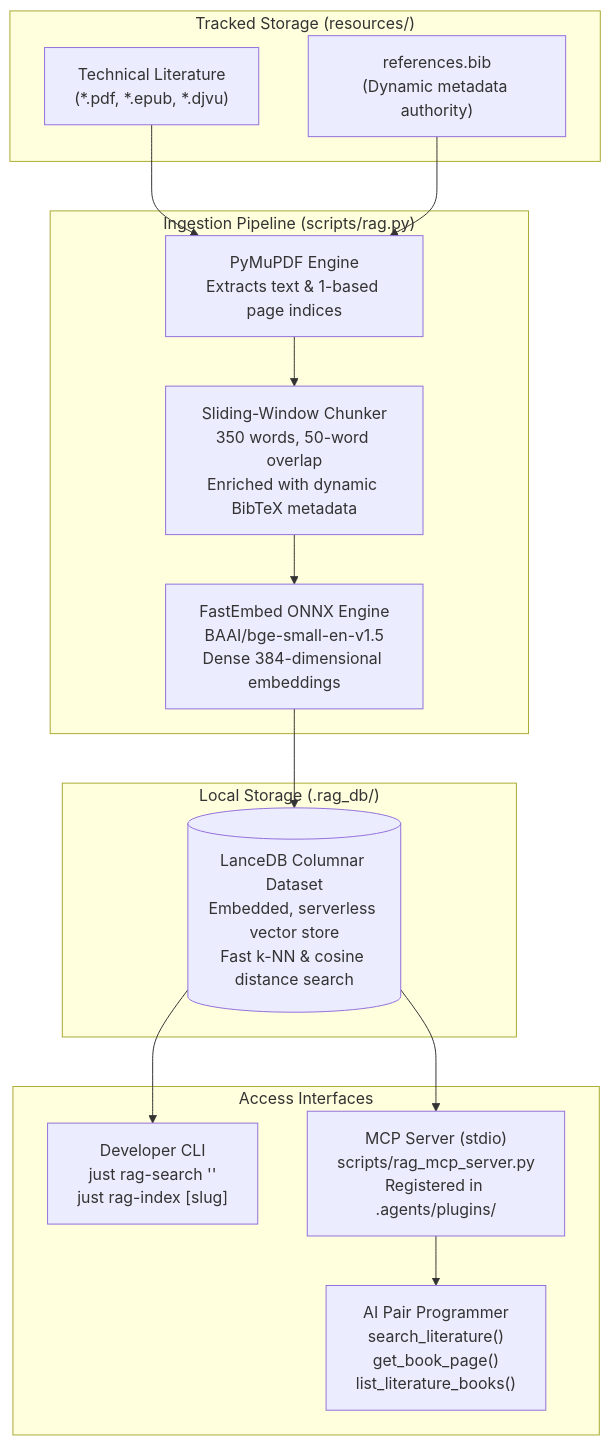
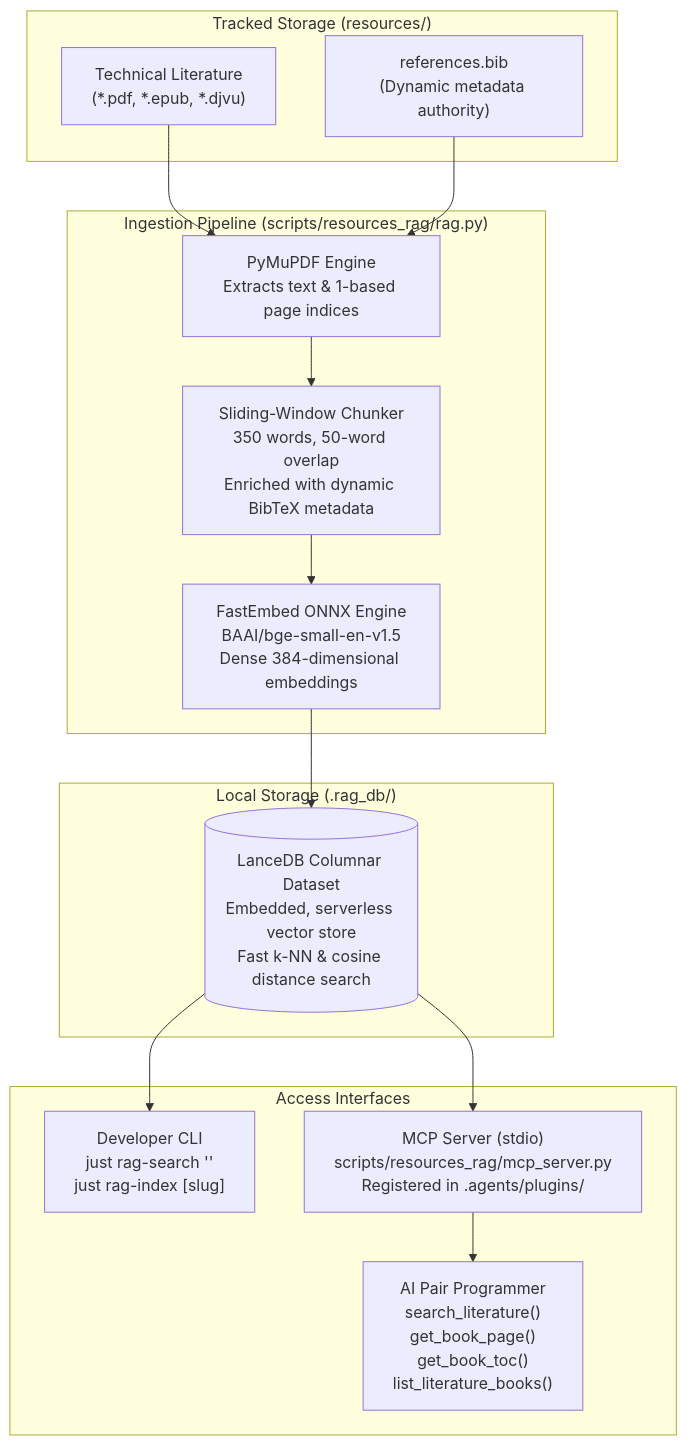
Before and after one commit to bwrob/trash-gather: the diagram in resources/README.md, drawn with Mermaid. The commit also changed other lines of this file and 16 other files, not shown here.

````diff
--- a/resources/README.md
+++ b/resources/README.md
@@ -17,27 +17,27 @@
 ```mermaid
 flowchart TD
     subgraph Storage ["Tracked Storage (resources/)"]
         DOCS["Technical Literature\n(*.pdf, *.epub, *.djvu)"]
         BIB["references.bib\n(Dynamic metadata authority)"]
     end
 
-    subgraph Ingestion ["Ingestion Pipeline (scripts/rag.py)"]
+    subgraph Ingestion ["Ingestion Pipeline (scripts/resources_rag/rag.py)"]
         PARSER["PyMuPDF Engine\nExtracts text & 1-based page indices"]
         CHUNKER["Sliding-Window Chunker\n350 words, 50-word overlap\nEnriched with dynamic BibTeX metadata"]
         EMBED["FastEmbed ONNX Engine\nBAAI/bge-small-en-v1.5\nDense 384-dimensional embeddings"]
     end
 
     subgraph VectorStore ["Local Storage (.rag_db/)"]
         LANCE[("LanceDB Columnar Dataset\nEmbedded, serverless vector store\nFast k-NN & cosine distance search")]
     end
 
     subgraph Interfaces ["Access Interfaces"]
         CLI["Developer CLI\njust rag-search '<query>'\njust rag-index [slug]"]
-        MCP["MCP Server (stdio)\nscripts/rag_mcp_server.py\nRegistered in .agents/plugins/"]
-        AGENT["AI Pair Programmer\nsearch_literature()\nget_book_page()\nlist_literature_books()"]
+        MCP["MCP Server (stdio)\nscripts/resources_rag/mcp_server.py\nRegistered in .agents/plugins/"]
+        AGENT["AI Pair Programmer\nsearch_literature()\nget_book_page()\nget_book_toc()\nlist_literature_books()"]
     end
 
     DOCS & BIB --> PARSER --> CHUNKER --> EMBED --> LANCE
     LANCE --> CLI
     LANCE --> MCP --> AGENT
 ```
````
